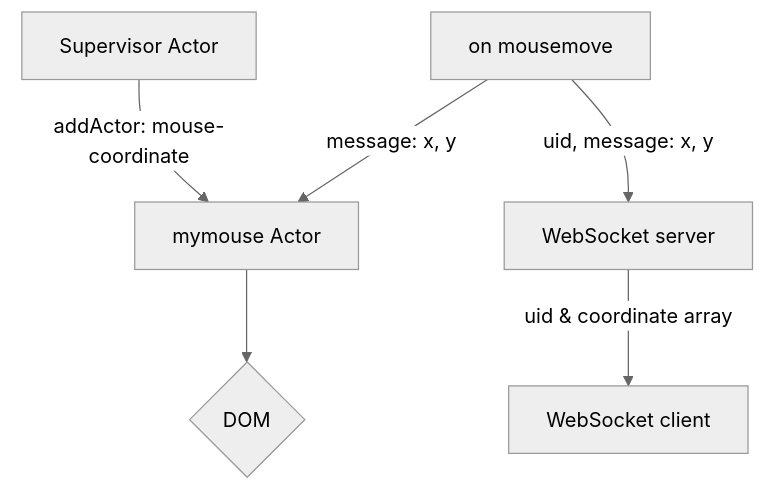
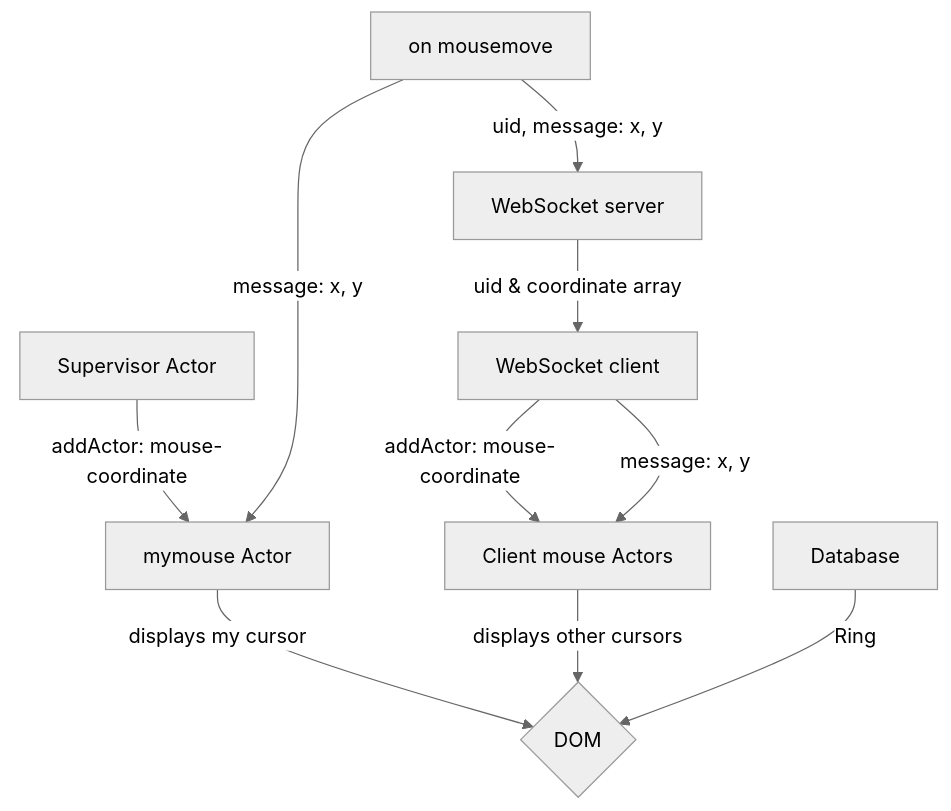
The diagram in README.md (TarunTheo13/multiple_cursors_challenge), drawn with Mermaid (neutral theme) before and after one commit. The commit also changed 2 other files, not shown here.

Commit message:
updated mermaid

````diff
--- a/README.md
+++ b/README.md
@@ -33,9 +33,13 @@
 ```mermaid
 graph TD
     U[Supervisor Actor] -->|addActor: mouse-coordinate| M[mymouse Actor]
     W[WebSocket client]
     O[on mousemove] -->|message: x, y| M
     S[WebSocket server] -->|uid & coordinate array| W
     O  -->|uid, message: x, y| S
-    M --> D{DOM}
+    M --> |displays my cursor|D{DOM}
+    W -->|addActor: mouse-coordinate| C[Client mouse Actors]
+    W -->|message: x, y| C
+    C -->|displays other cursors| D
+    DB[Database] -->|Ring|D
 ```
````
